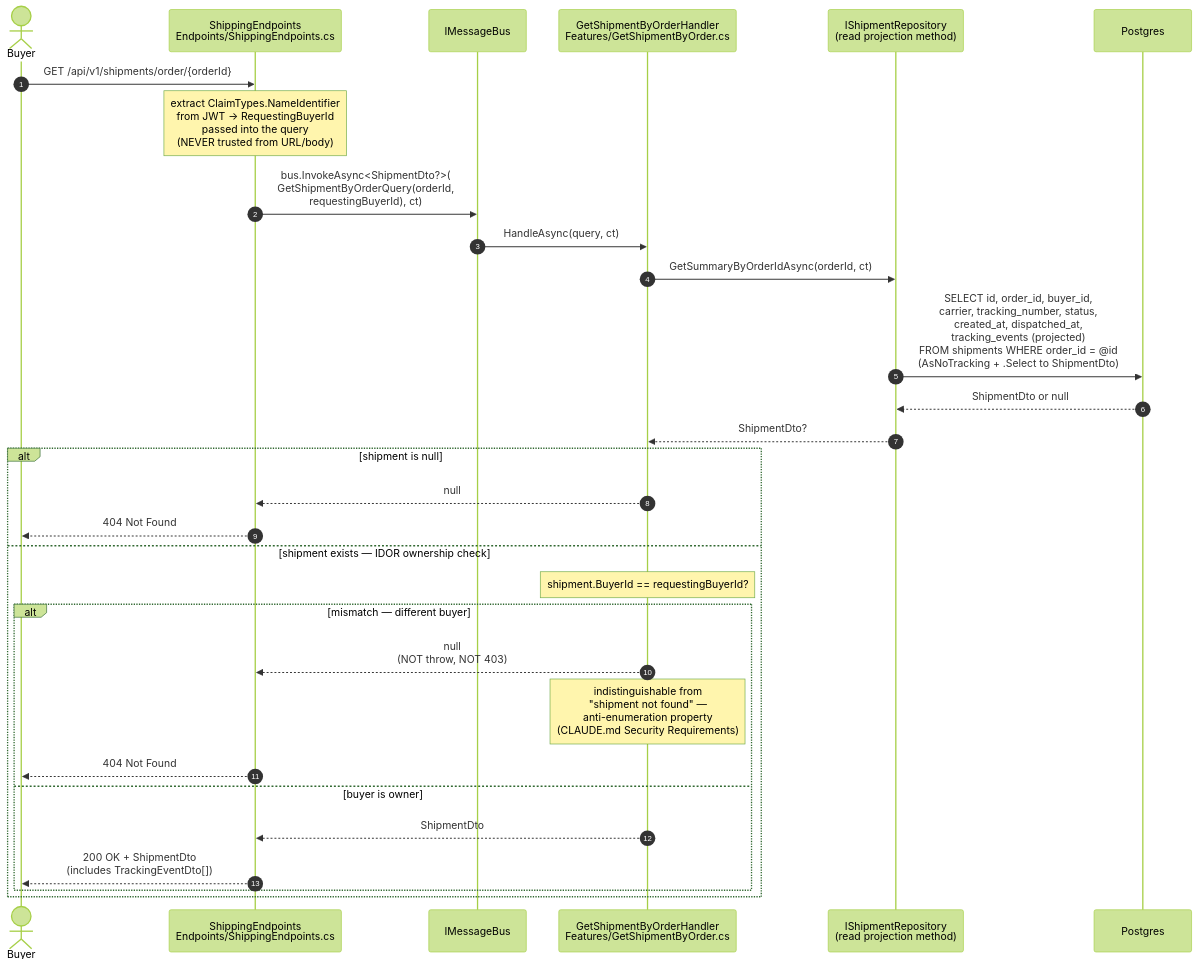
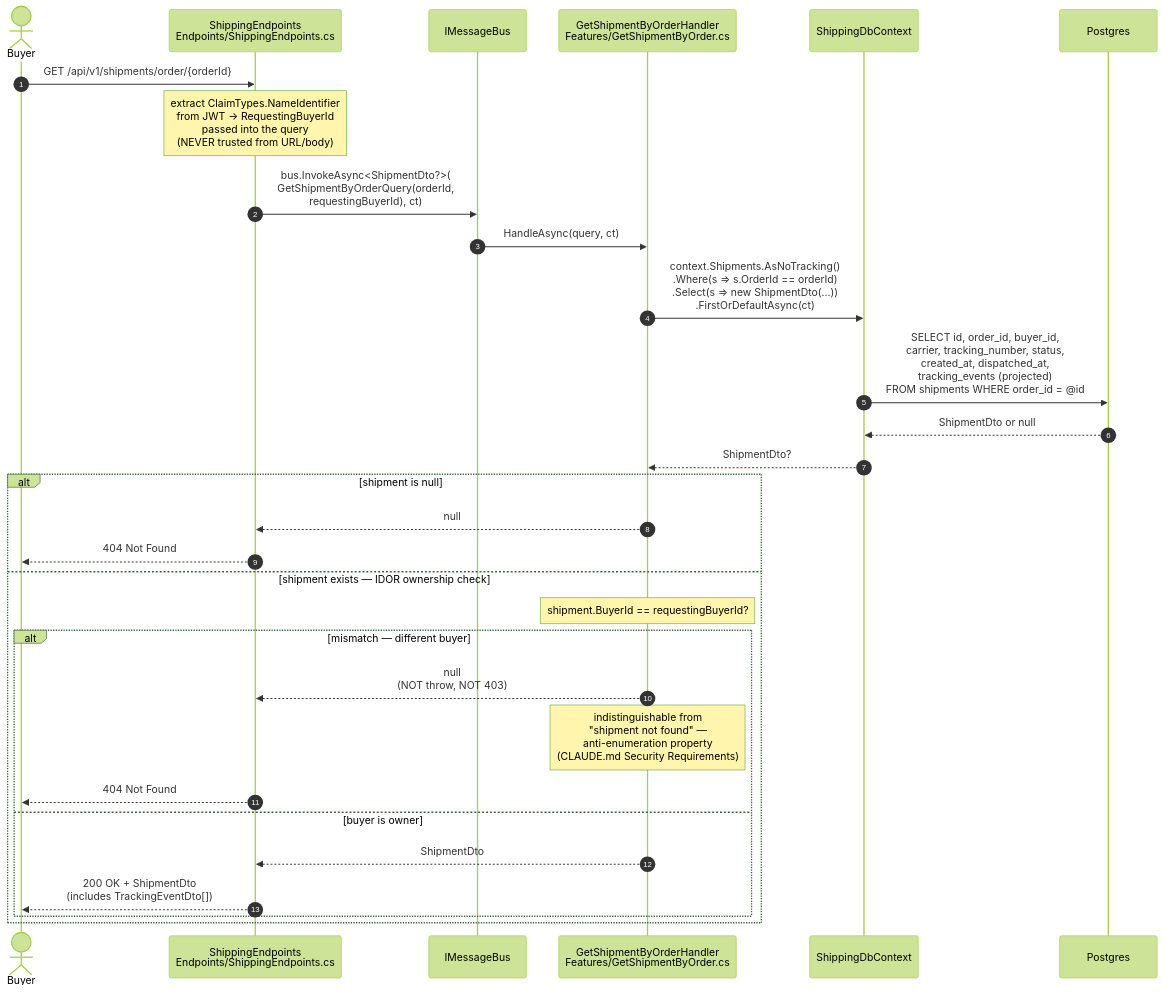
The second of 3 diagrams in docs/code-flows/shippingservice.md (emeraldleaf/NextAurora), drawn with Mermaid (forest theme) before and after one commit. The commit also changed other lines of this file and 7 other files, not shown here.

First line of the commit message:
refactor(ShippingService): drop IShipmentRepository; handlers take ShippingDbContext directly

````diff
--- a/docs/code-flows/shippingservice.md
+++ b/docs/code-flows/shippingservice.md
@@ -65,35 +66,35 @@
 ```mermaid
 sequenceDiagram
     autonumber
     actor Buyer
     participant EP as ShippingEndpoints<br/>Endpoints/ShippingEndpoints.cs
     participant Bus as IMessageBus
     participant H as GetShipmentByOrderHandler<br/>Features/GetShipmentByOrder.cs
-    participant Repo as IShipmentRepository<br/>(read projection method)
+    participant Ctx as ShippingDbContext
     participant DB as Postgres
 
     Buyer->>EP: GET /api/v1/shipments/order/{orderId}
     Note over EP: extract ClaimTypes.NameIdentifier<br/>from JWT → RequestingBuyerId<br/>passed into the query<br/>(NEVER trusted from URL/body)
     EP->>Bus: bus.InvokeAsync<ShipmentDto?>(<br/>  GetShipmentByOrderQuery(orderId,<br/>    requestingBuyerId), ct)
     Bus->>H: HandleAsync(query, ct)
 
-    H->>Repo: GetSummaryByOrderIdAsync(orderId, ct)
-    Repo->>DB: SELECT id, order_id, buyer_id,<br/>carrier, tracking_number, status,<br/>created_at, dispatched_at,<br/>tracking_events (projected)<br/>FROM shipments WHERE order_id = @id<br/>(AsNoTracking + .Select to ShipmentDto)
-    DB-->>Repo: ShipmentDto or null
-    Repo-->>H: ShipmentDto?
+    H->>Ctx: context.Shipments.AsNoTracking()<br/>.Where(s => s.OrderId == orderId)<br/>.Select(s => new ShipmentDto(...))<br/>.FirstOrDefaultAsync(ct)
+    Ctx->>DB: SELECT id, order_id, buyer_id,<br/>carrier, tracking_number, status,<br/>created_at, dispatched_at,<br/>tracking_events (projected)<br/>FROM shipments WHERE order_id = @id
+    DB-->>Ctx: ShipmentDto or null
+    Ctx-->>H: ShipmentDto?
 
     alt shipment is null
         H-->>EP: null
         EP-->>Buyer: 404 Not Found
     else shipment exists — IDOR ownership check
         Note over H: shipment.BuyerId == requestingBuyerId?
         alt mismatch — different buyer
             H-->>EP: null<br/>(NOT throw, NOT 403)
             Note over H: indistinguishable from<br/>"shipment not found" —<br/>anti-enumeration property<br/>(CLAUDE.md Security Requirements)
             EP-->>Buyer: 404 Not Found
         else buyer is owner
             H-->>EP: ShipmentDto
             EP-->>Buyer: 200 OK + ShipmentDto<br/>(includes TrackingEventDto[])
         end
     end
 ```
````
